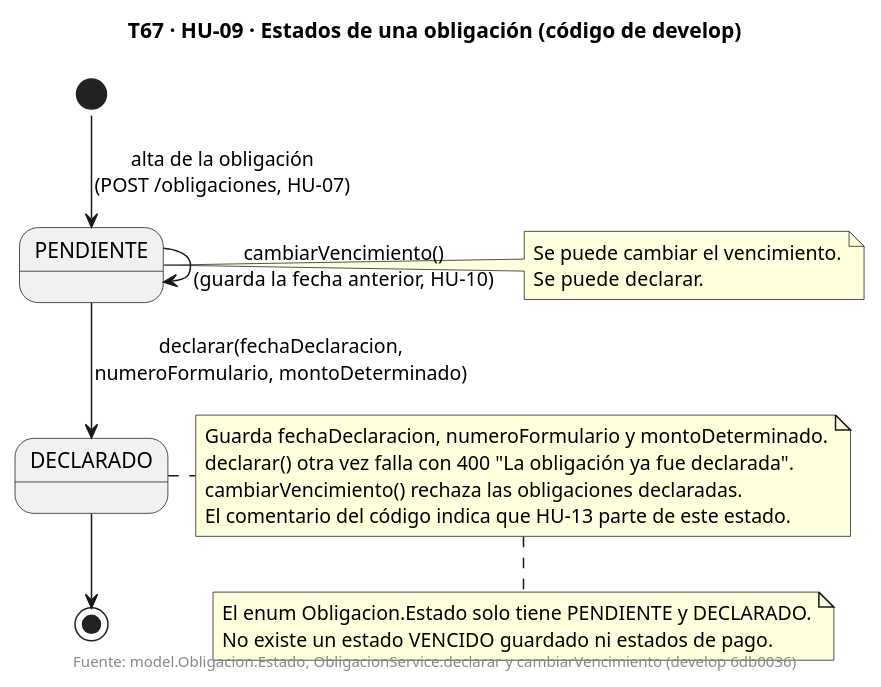
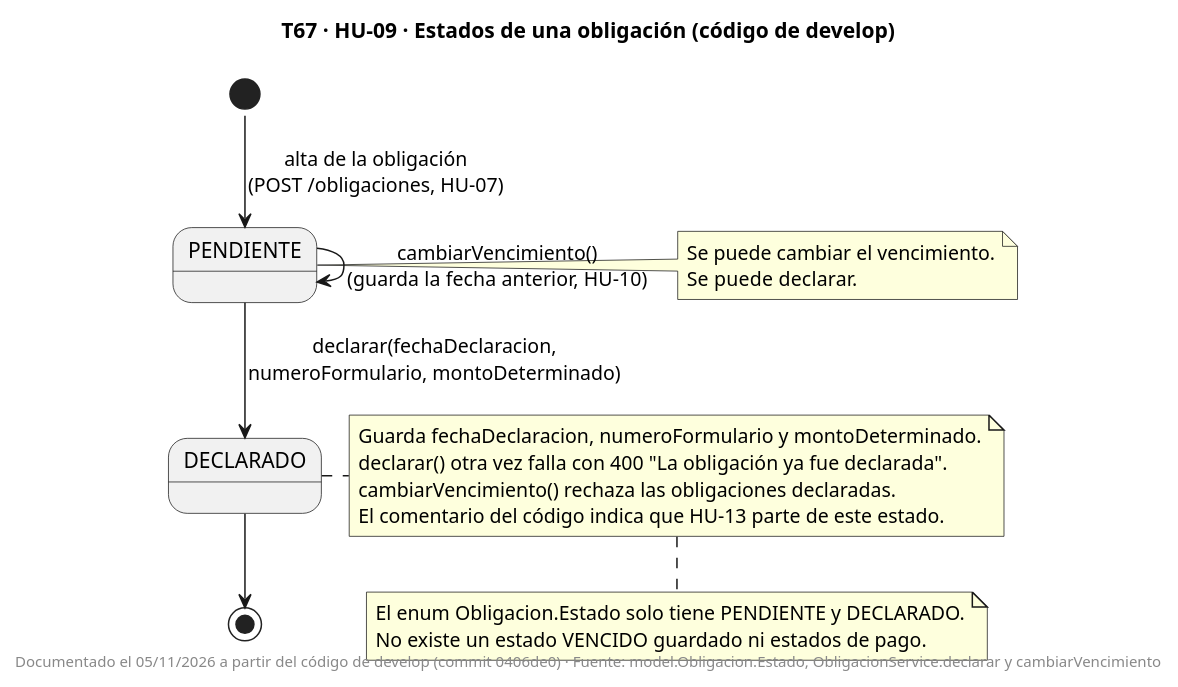
The diagram in docs/uml/T67-HU09-estados.puml (fabianrodriguez33/plus-contable), drawn with PlantUML before and after one commit. The commit also changed 19 other files, not shown here.

First line of the commit message:
UML: HU-08, HU-09 y HU-10 igualadas al estandar (clases, secuencia y ER)

```diff
--- a/docs/uml/T67-HU09-estados.puml
+++ b/docs/uml/T67-HU09-estados.puml
@@ -1,28 +1,28 @@
 @startuml
 !pragma layout smetana
 title T67 · HU-09 · Estados de una obligación (código de develop)
 skinparam shadowing false
 
 [*] --> PENDIENTE : alta de la obligación\n(POST /obligaciones, HU-07)
 PENDIENTE --> PENDIENTE : cambiarVencimiento()\n(guarda la fecha anterior, HU-10)
 PENDIENTE --> DECLARADO : declarar(fechaDeclaracion,\nnumeroFormulario, montoDeterminado)
 DECLARADO --> [*]
 
 note right of PENDIENTE
   Se puede cambiar el vencimiento.
   Se puede declarar.
 end note
 note right of DECLARADO
   Guarda fechaDeclaracion, numeroFormulario y montoDeterminado.
   declarar() otra vez falla con 400 "La obligación ya fue declarada".
   cambiarVencimiento() rechaza las obligaciones declaradas.
   El comentario del código indica que HU-13 parte de este estado.
 end note
 
 note bottom
   El enum Obligacion.Estado solo tiene PENDIENTE y DECLARADO.
   No existe un estado VENCIDO guardado ni estados de pago.
 end note
 
-footer Fuente: model.Obligacion.Estado, ObligacionService.declarar y cambiarVencimiento (develop 6db0036)
+footer Documentado el 05/11/2026 a partir del código de develop (commit 0406de0) · Fuente: model.Obligacion.Estado, ObligacionService.declarar y cambiarVencimiento
 @enduml
```
